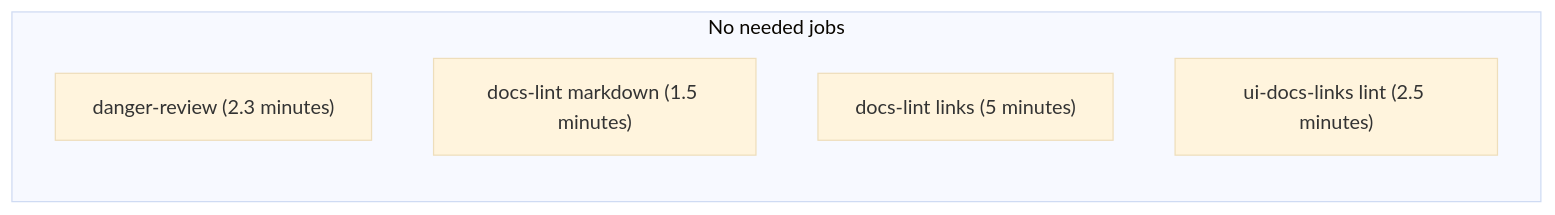
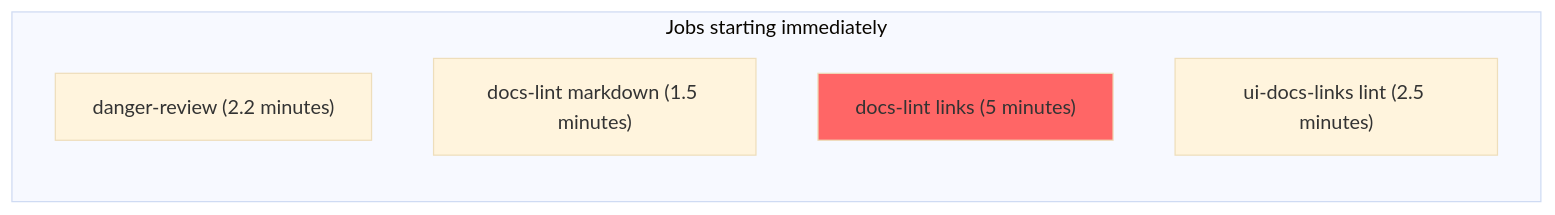
The third of 6 diagrams in doc/development/pipelines.md (diffblue/gitlab), drawn with Mermaid (base theme) before and after one commit. The commit also changed other lines of this file, not shown here.

````diff
--- a/doc/development/pipelines.md
+++ b/doc/development/pipelines.md
@@ -285,13 +285,16 @@
 ```mermaid
 graph LR
-  subgraph "No needed jobs";
-    1-1["danger-review (2.3 minutes)"];
+  classDef criticalPath fill:#f66;
+
+  subgraph "Jobs starting immediately";
+    1-1["danger-review (2.2 minutes)"];
     click 1-1 "https://app.periscopedata.com/app/gitlab/652085/Engineering-Productivity---Pipeline-Build-Durations?widget=8100542&udv=0"
     1-2["docs-lint markdown (1.5 minutes)"];
     click 1-2 "https://app.periscopedata.com/app/gitlab/652085/Engineering-Productivity---Pipeline-Build-Durations?widget=10224335&udv=0"
     1-3["docs-lint links (5 minutes)"];
+    class 1-3 criticalPath;
     click 1-3 "https://app.periscopedata.com/app/gitlab/652085/Engineering-Productivity---Pipeline-Build-Durations?widget=8356757&udv=0"
     1-4["ui-docs-links lint (2.5 minutes)"];
     click 1-4 "https://app.periscopedata.com/app/gitlab/652085/Engineering-Productivity---Pipeline-Build-Durations?widget=10823717&udv=1020379"
-   end
+  end
 ```
````
